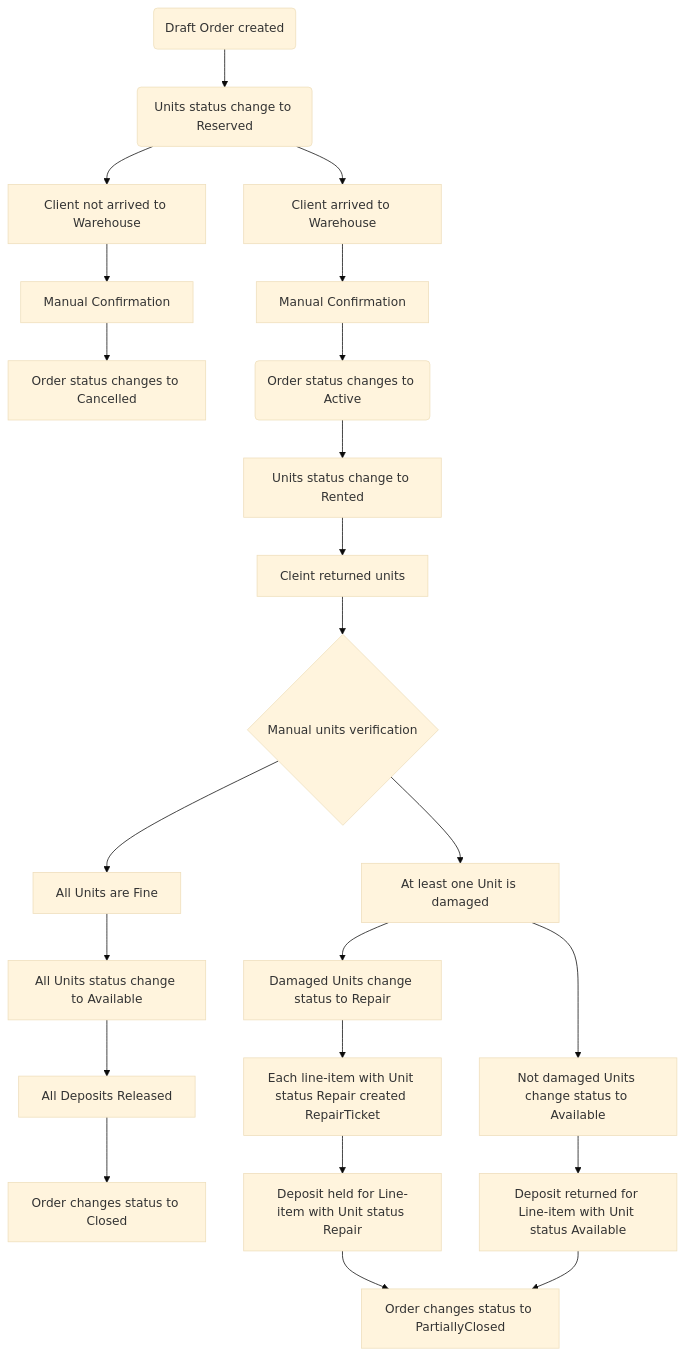
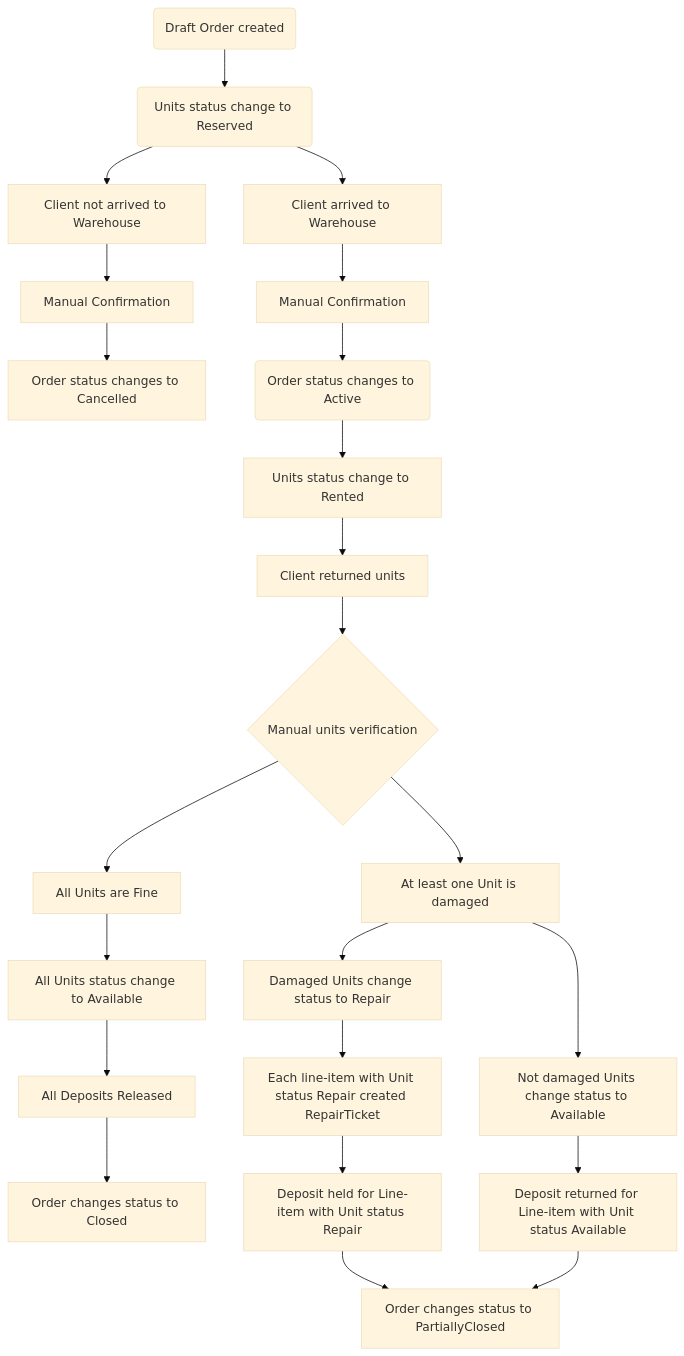
One commit to Diamko94/rentals1 changed the diagram in Flowchart.md. Above: the diagram before and after it, drawn with Mermaid (base theme).

````diff
--- a/Flowchart.md
+++ b/Flowchart.md
@@ -1,33 +1,33 @@
 ```mermaid
 flowchart TD
 
     %% Бронироваие
     A(Draft Order created) --> B(Units status change to Reserved)
 
     %% Выдача
     B --> G[Client arrived to Warehouse]
     G --> I[Manual Confirmation]
     B --> D[Client not arrived to Warehouse]
     D --> E[Manual Confirmation]
     E --> F[Order status changes to Cancelled]
     I --> J(Order status changes to Active)
 
     %% Возврат
     J --> X[Units status change to Rented]
-    X --> K[Cleint returned units]
+    X --> K[Client returned units]
     K --> L{Manual units verification}
     L --> M[All Units are Fine] 
     M --> N[All Units status change to Available]
     L --> O[At least one Unit is damaged]
     O --> P[Damaged Units change status to Repair]
     P --> R[Each line-item with Unit status Repair created RepairTicket]
     O --> T[Not damaged Units change status to Available]
 
     %% Расчет
     N --> Q[All Deposits Released]
     Q --> V[Order changes status to Closed]
     R --> S[Deposit held for Line-item with Unit status Repair]
     T --> U[Deposit returned for Line-item with Unit status Available]
     S --> W[Order changes status to PartiallyClosed]
     U --> W[Order changes status to PartiallyClosed]
 ```
````
